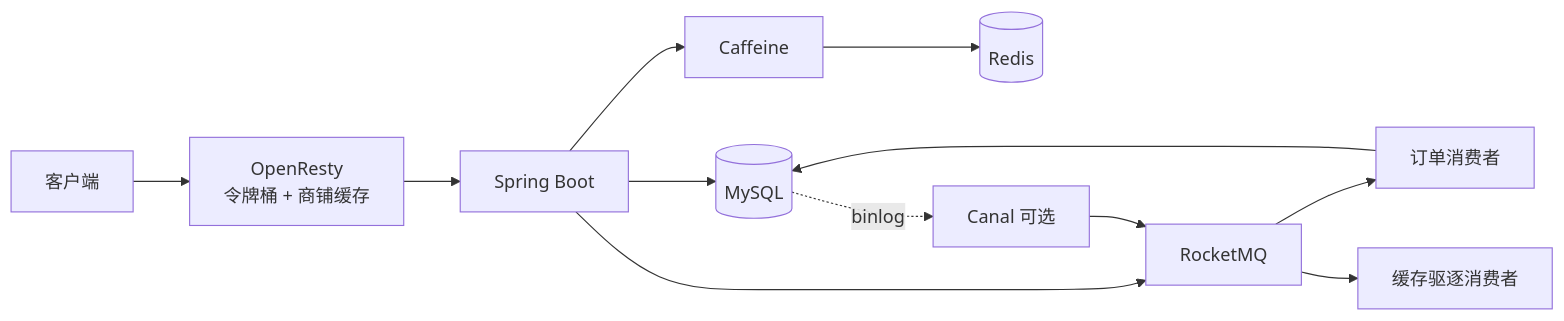
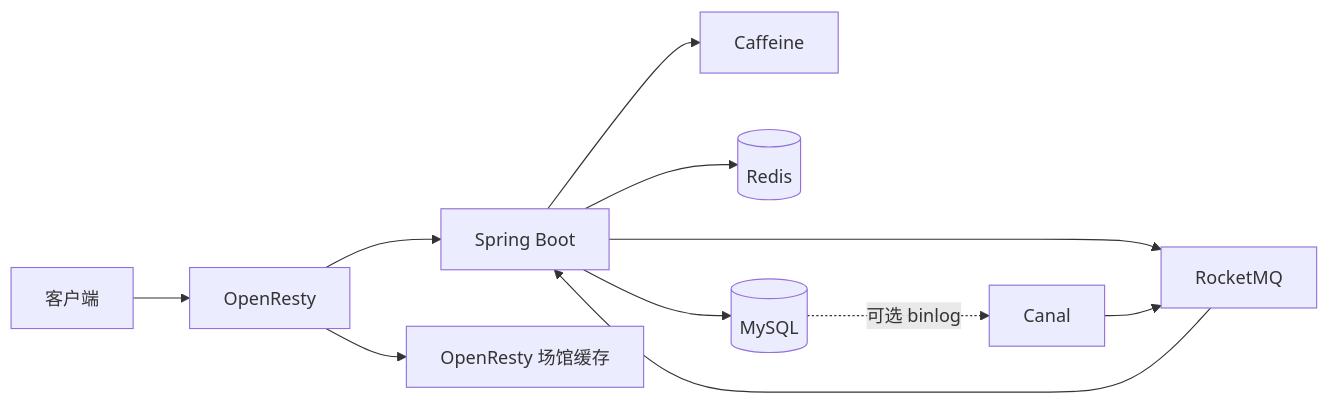
Before and after one commit to SyH-101/citypass-platform: the diagram in README.md, drawn with Mermaid. The commit also changed other lines of this file and 233 other files, not shown here.

````diff
--- a/README.md
+++ b/README.md
@@ -9,14 +19,13 @@
 ```mermaid
 flowchart LR
-    Client[客户端] --> OR[OpenResty\n令牌桶 + 商铺缓存]
-    OR --> App[Spring Boot]
-    App --> Caffeine[Caffeine]
-    Caffeine --> Redis[(Redis)]
-    App --> MySQL[(MySQL)]
-    App --> RMQ[RocketMQ]
-    RMQ --> Consumer[订单消费者]
-    Consumer --> MySQL
-    MySQL -. binlog .-> Canal[Canal 可选]
-    Canal --> RMQ
-    RMQ --> Evict[缓存驱逐消费者]
+    Client[客户端] --> Gateway[OpenResty]
+    Gateway --> App[Spring Boot]
+    Gateway --> L0[OpenResty 场馆缓存]
+    App --> L1[Caffeine]
+    App --> Redis[(Redis)]
+    App --> MQ[RocketMQ]
+    MQ --> App
+    App --> DB[(MySQL)]
+    DB -. 可选 binlog .-> Canal[Canal]
+    Canal --> MQ
 ```
````
